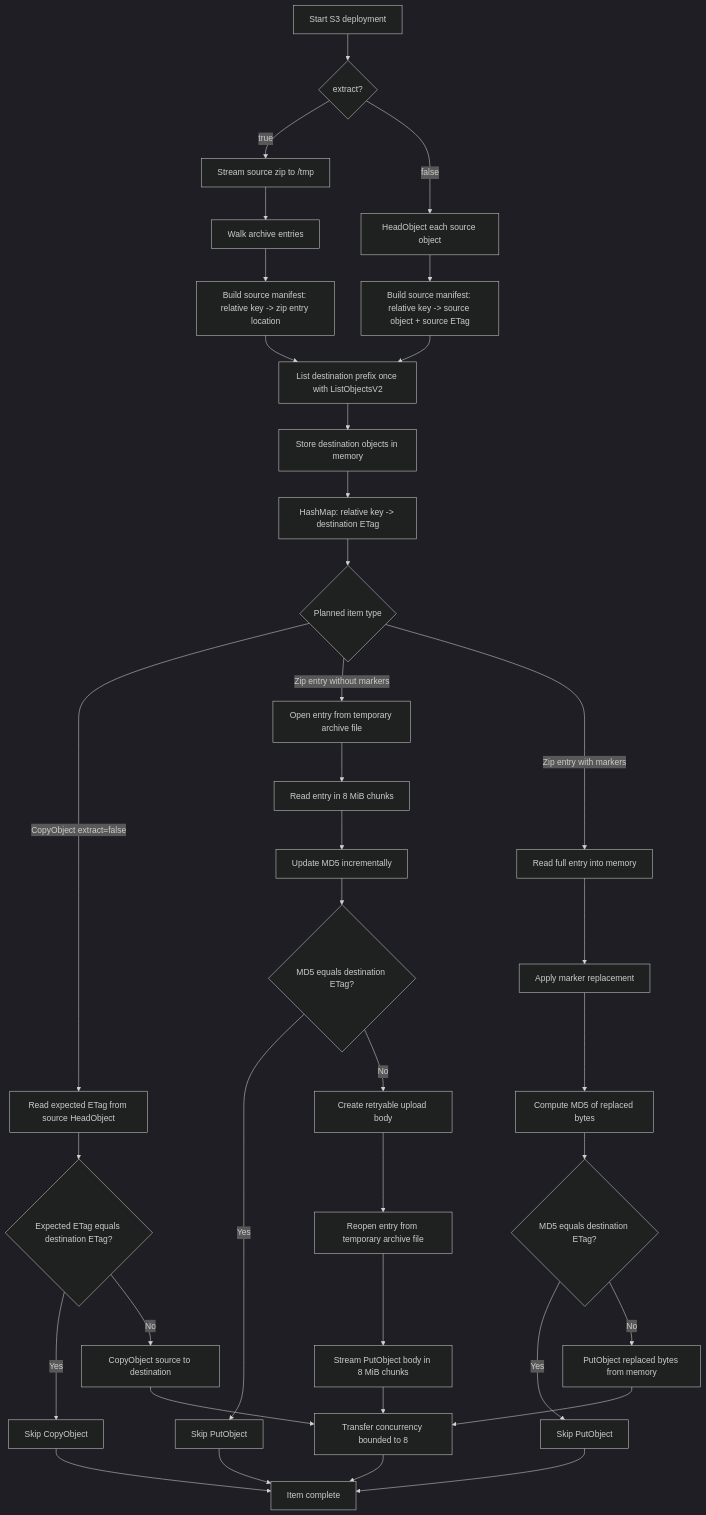
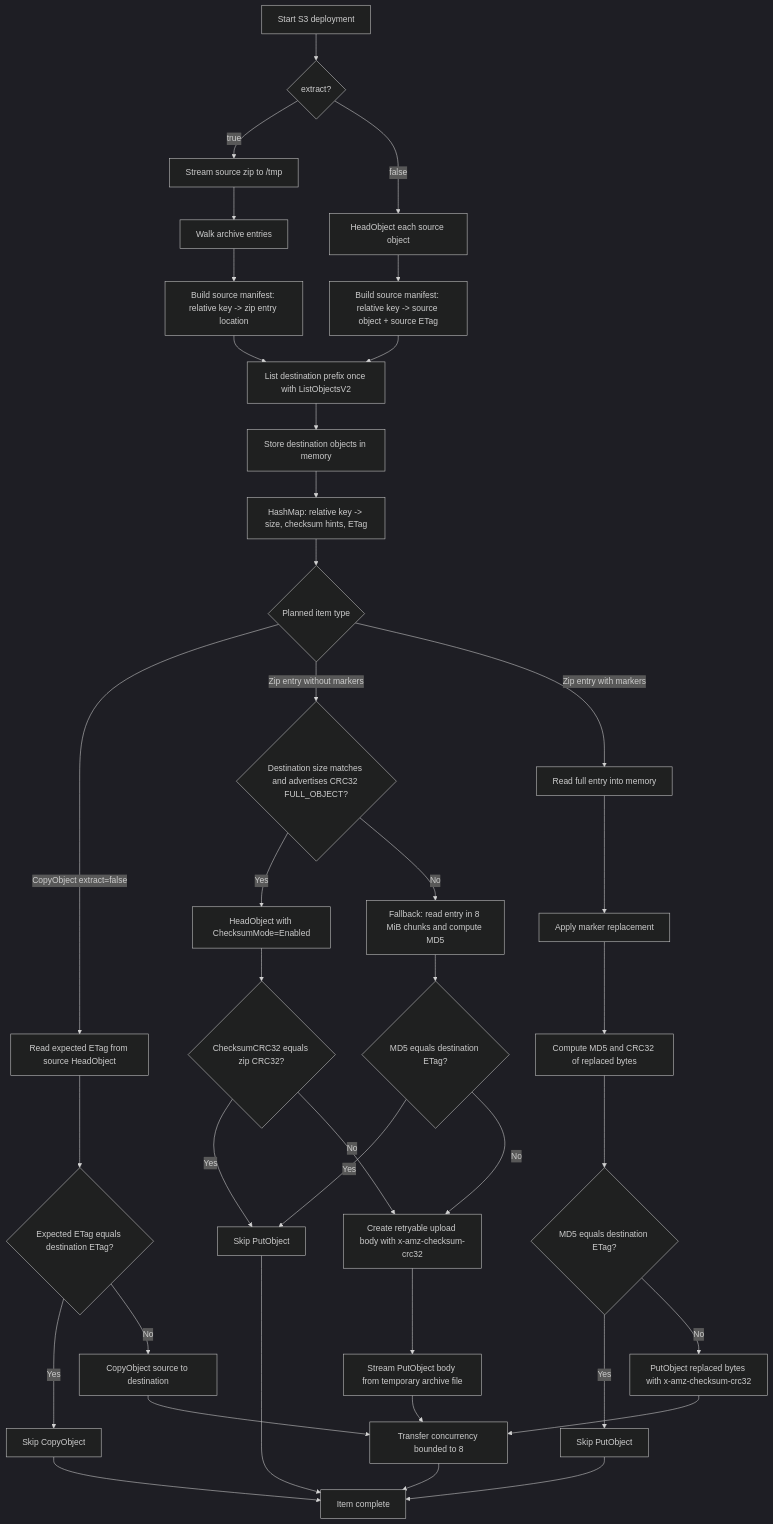
The fourth of 4 diagrams in docs/lambda-workflow.md (garysassano/shin-bucket-deployment), drawn with Mermaid (dark theme) before and after one commit. The commit also changed other lines of this file and 9 other files, not shown here.

````diff
--- a/docs/lambda-workflow.md
+++ b/docs/lambda-workflow.md
@@ -165,46 +174,48 @@
 ```mermaid
 flowchart TD
   A["Start S3 deployment"] --> B{"extract?"}
 
   B -->|true| C["Stream source zip to /tmp"]
   C --> D["Walk archive entries"]
   D --> E["Build source manifest: relative key -> zip entry location"]
 
   B -->|false| F["HeadObject each source object"]
   F --> G["Build source manifest: relative key -> source object + source ETag"]
 
   E --> H["List destination prefix once with ListObjectsV2"]
   G --> H
   H --> I["Store destination objects in memory"]
-  I --> J["HashMap: relative key -> destination ETag"]
+  I --> J["HashMap: relative key -> size, checksum hints, ETag"]
   J --> K{"Planned item type"}
 
   K -->|CopyObject extract=false| L["Read expected ETag from source HeadObject"]
   L --> M{"Expected ETag equals destination ETag?"}
   M -->|Yes| N["Skip CopyObject"]
   M -->|No| O["CopyObject source to destination"]
 
-  K -->|Zip entry without markers| P["Open entry from temporary archive file"]
-  P --> Q["Read entry in 8 MiB chunks"]
-  Q --> R["Update MD5 incrementally"]
-  R --> S{"MD5 equals destination ETag?"}
-  S -->|Yes| T["Skip PutObject"]
-  S -->|No| U["Create retryable upload body"]
-  U --> V["Reopen entry from temporary archive file"]
-  V --> W["Stream PutObject body in 8 MiB chunks"]
+  K -->|Zip entry without markers| P{"Destination size matches and advertises CRC32 FULL_OBJECT?"}
+  P -->|Yes| Q["HeadObject with ChecksumMode=Enabled"]
+  Q --> R{"ChecksumCRC32 equals zip CRC32?"}
+  R -->|Yes| T["Skip PutObject"]
+  R -->|No| U["Create retryable upload body with x-amz-checksum-crc32"]
+  P -->|No| V["Fallback: read entry in 8 MiB chunks and compute MD5"]
+  V --> W{"MD5 equals destination ETag?"}
+  W -->|Yes| T
+  W -->|No| U
+  U --> X["Stream PutObject body from temporary archive file"]
 
-  K -->|Zip entry with markers| X["Read full entry into memory"]
-  X --> Y["Apply marker replacement"]
-  Y --> Z["Compute MD5 of replaced bytes"]
-  Z --> AA{"MD5 equals destination ETag?"}
-  AA -->|Yes| AB["Skip PutObject"]
-  AA -->|No| AC["PutObject replaced bytes from memory"]
+  K -->|Zip entry with markers| Y["Read full entry into memory"]
+  Y --> Z["Apply marker replacement"]
+  Z --> AA["Compute MD5 and CRC32 of replaced bytes"]
+  AA --> AB{"MD5 equals destination ETag?"}
+  AB -->|Yes| AC["Skip PutObject"]
+  AB -->|No| AD["PutObject replaced bytes with x-amz-checksum-crc32"]
 
-  O --> AD["Transfer concurrency bounded to 8"]
-  W --> AD
-  AC --> AD
-  N --> AE["Item complete"]
-  T --> AE
-  AB --> AE
+  O --> AE["Transfer concurrency bounded to 8"]
+  X --> AE
   AD --> AE
+  N --> AF["Item complete"]
+  T --> AF
+  AC --> AF
+  AE --> AF
 ```
````
